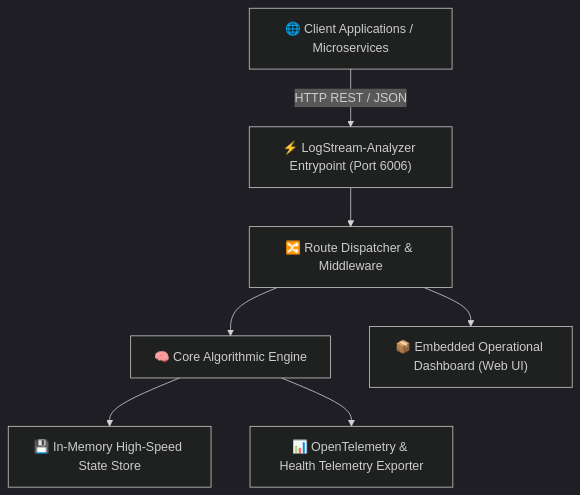
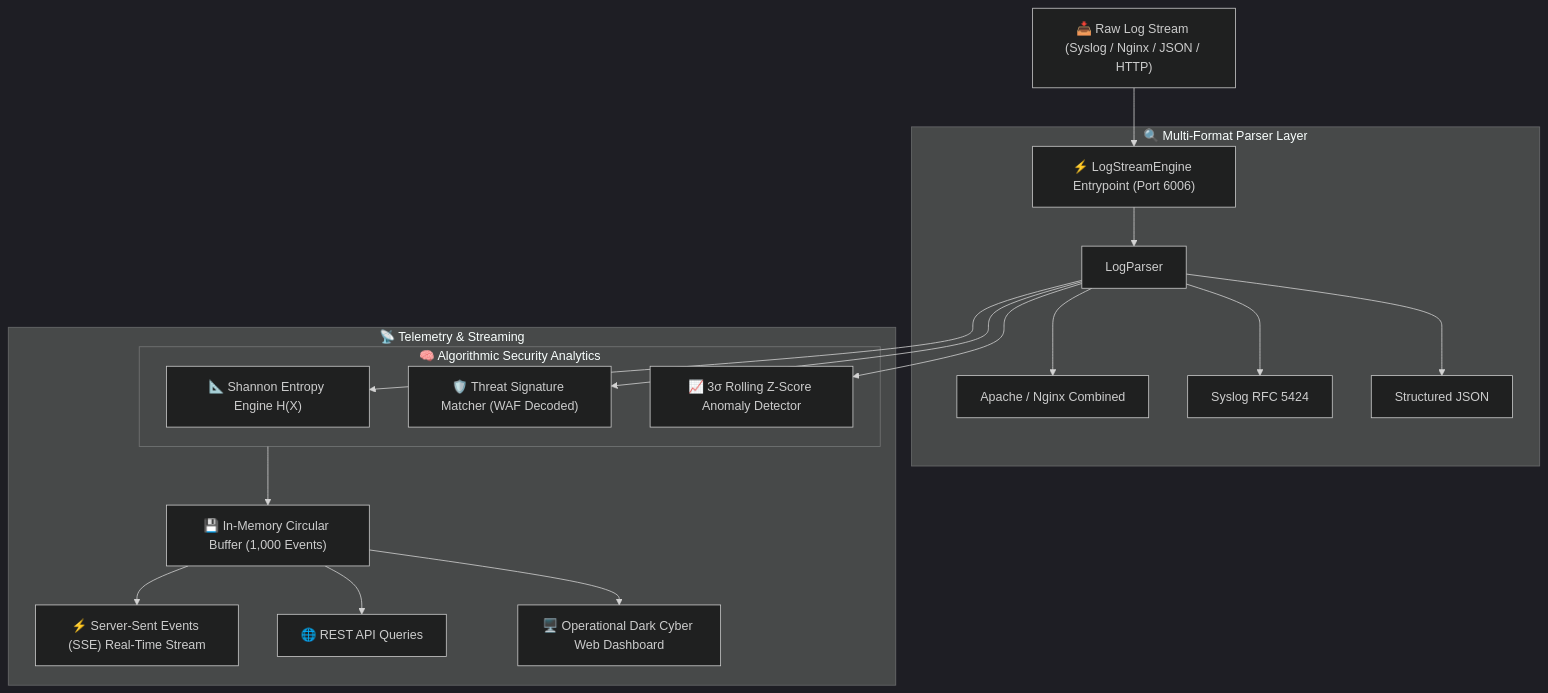
Before and after one commit to alinurettin/LogStream-Analyzer: the diagram in README.md, drawn with Mermaid (dark theme). The commit also changed other lines of this file and 9 other files, not shown here.

Commit message:
feat(core): upgrade to v2.0.0 with multi-format parsing, Shannon entropy, 3-sigma z-score anomaly detection, SSE streaming, and 56 non-mocked tests

````diff
--- a/README.md
+++ b/README.md
@@ -22,9 +20,24 @@
 ```mermaid
 flowchart TD
-    Client["🌐 Client Applications / Microservices"] -->|HTTP REST / JSON| Gateway["⚡ LogStream-Analyzer Entrypoint (Port 6006)"]
-    Gateway --> Router["🔀 Route Dispatcher & Middleware"]
-    Router --> Engine["🧠 Core Algorithmic Engine"]
-    Engine --> Storage["💾 In-Memory High-Speed State Store"]
-    Router --> Static["📦 Embedded Operational Dashboard (Web UI)"]
-    Engine --> Metrics["📊 OpenTelemetry & Health Telemetry Exporter"]
+    LogInput["📥 Raw Log Stream (Syslog / Nginx / JSON / HTTP)"] --> Dispatcher["⚡ LogStreamEngine Entrypoint (Port 6006)"]
+    
+    subgraph Parsing["🔍 Multi-Format Parser Layer"]
+        Dispatcher --> Parser["LogParser"]
+        Parser --> Nginx["Apache / Nginx Combined"]
+        Parser --> Syslog["Syslog RFC 5424"]
+        Parser --> JSON["Structured JSON"]
+    end
+
+    subgraph Analytics["🧠 Algorithmic Security Analytics"]
+        Parser --> Entropy["📐 Shannon Entropy Engine H(X)"]
+        Parser --> Threat["🛡️ Threat Signature Matcher (WAF Decoded)"]
+        Parser --> Rolling["📈 3σ Rolling Z-Score Anomaly Detector"]
+    end
+
+    subgraph Distribution["📡 Telemetry & Streaming"]
+        Analytics --> RingBuffer["💾 In-Memory Circular Buffer (1,000 Events)"]
+        RingBuffer --> SSE["⚡ Server-Sent Events (SSE) Real-Time Stream"]
+        RingBuffer --> REST["🌐 REST API Queries"]
+        RingBuffer --> Dashboard["🖥️ Operational Dark Cyber Web Dashboard"]
+    end
 ```
````
